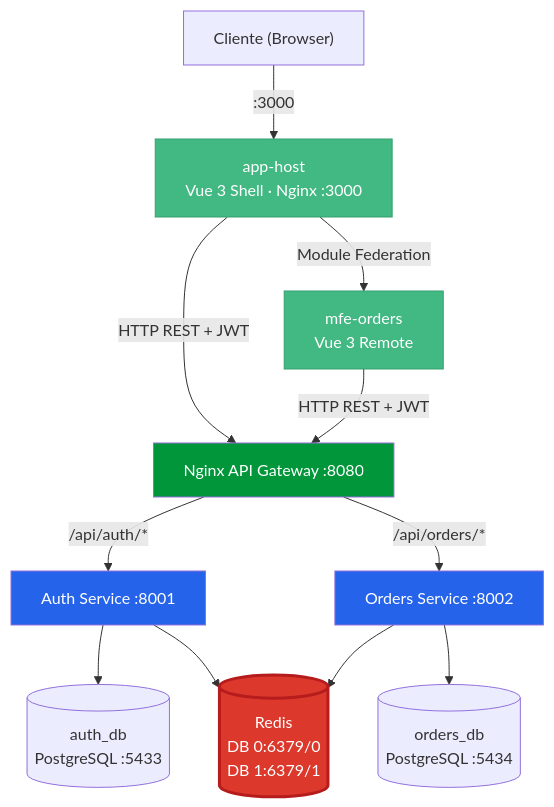
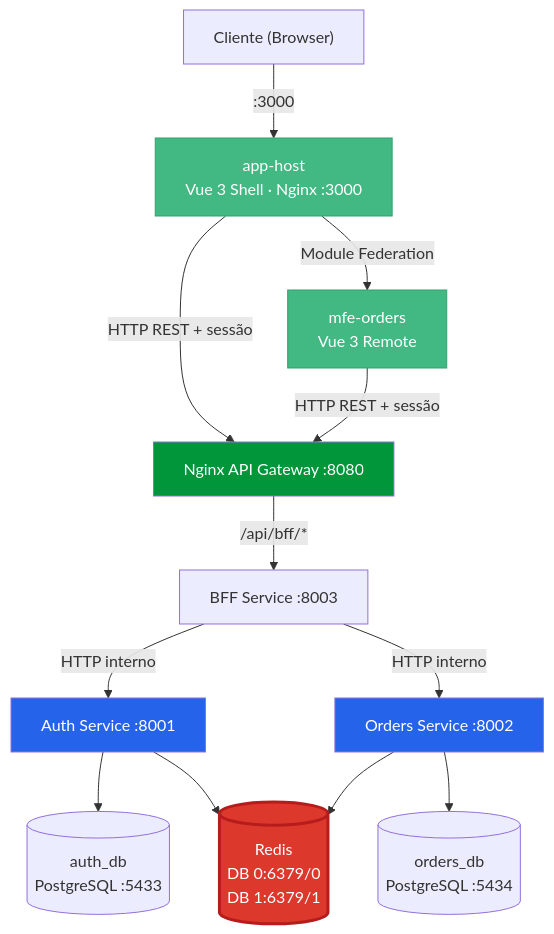
One commit to MatheusNascimentoti99/Desafio-CasaCivil changed the first of 2 diagrams in README.md. Above: the diagram before and after it, drawn with Mermaid. The commit also changed other lines of this file and 18 other files, not shown here.

Commit message:
feat: implement BFF service for session management and API proxying

````diff
--- a/README.md
+++ b/README.md
@@ -9,26 +9,27 @@
 ```mermaid
 graph TD
     Client["Cliente (Browser)"]
 
     Client -->|":3000"| AppHost["app-host\nVue 3 Shell · Nginx :3000"]
     AppHost -->|"Module Federation"| MfeOrders["mfe-orders\nVue 3 Remote"]
 
-    AppHost -->|"HTTP REST + JWT"| Nginx["Nginx API Gateway :8080"]
-    MfeOrders -->|"HTTP REST + JWT"| Nginx
+    AppHost -->|"HTTP REST + sessão"| Nginx["Nginx API Gateway :8080"]
+    MfeOrders -->|"HTTP REST + sessão"| Nginx
 
-    Nginx -->|"/api/auth/*"| Auth["Auth Service :8001"]
-    Nginx -->|"/api/orders/*"| Orders["Orders Service :8002"]
+    Nginx -->|"/api/bff/*"| BFF["BFF Service :8003"]
+    BFF -->|"HTTP interno"| Auth["Auth Service :8001"]
+    BFF -->|"HTTP interno"| Orders["Orders Service :8002"]
 
     Auth --> AuthDB[("auth_db <br> PostgreSQL :5433")]
     Auth --> Redis[("Redis <br> DB 0:6379/0 <br> DB 1:6379/1")]
 
     Orders --> OrdersDB[("orders_db <br> PostgreSQL :5434")]
     Orders --> Redis
 
     style AppHost   fill:#42b883,color:#fff,stroke:#33a06f
     style MfeOrders fill:#42b883,color:#fff,stroke:#33a06f
     style Redis     fill:#dc382c,color:#fff,stroke:#b71c1c,stroke-width:3px
     style Nginx     fill:#009639,color:#fff
     style Auth      fill:#2563eb,color:#fff
     style Orders    fill:#2563eb,color:#fff
 ```
````
